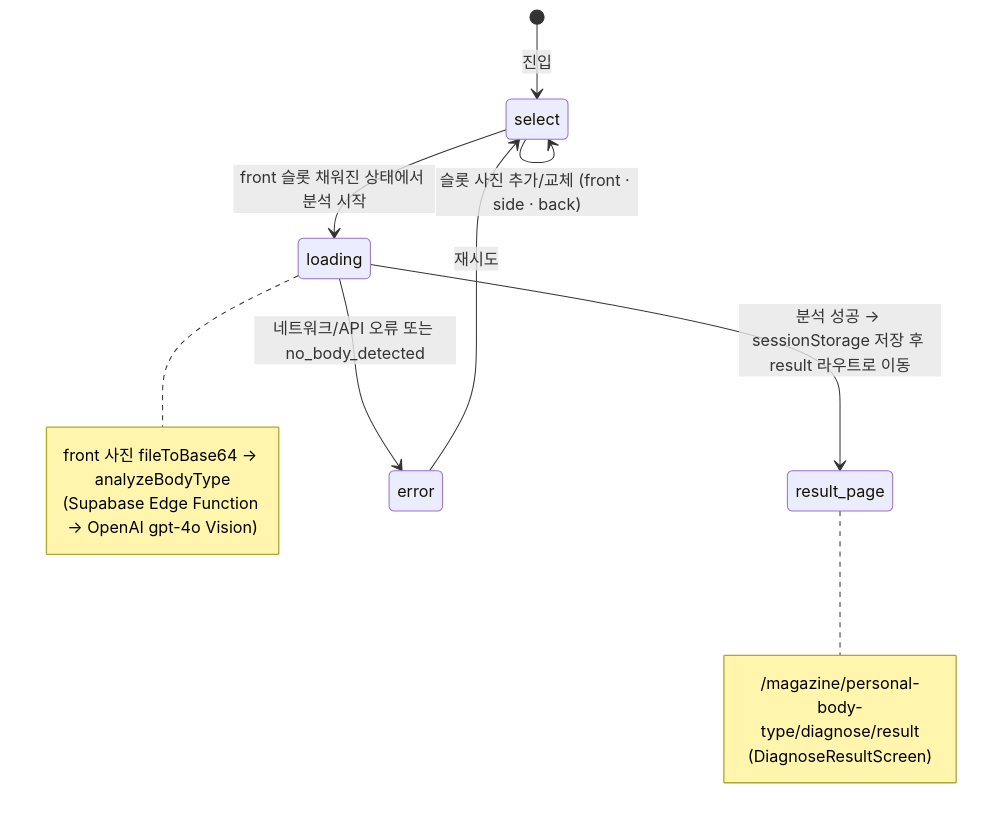
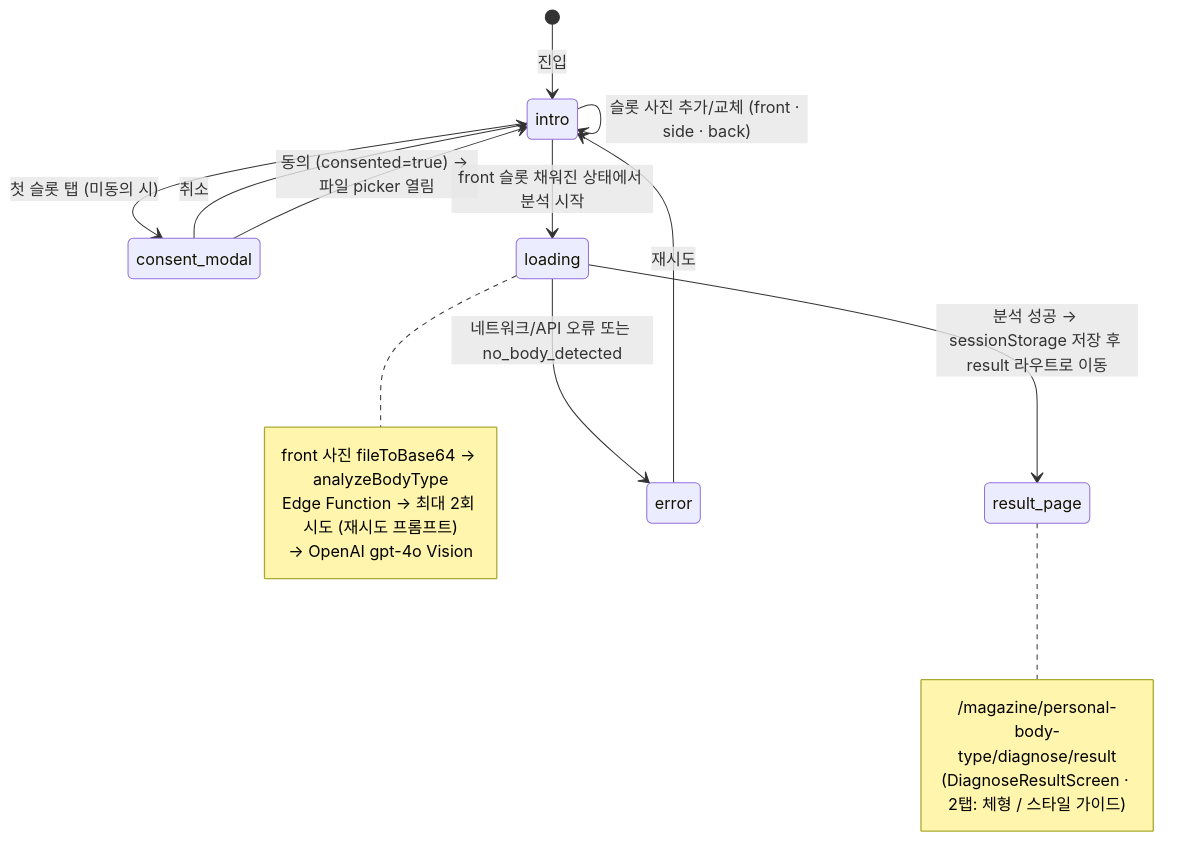
Before and after one commit to soojjung/dwee-wellness-tracker: the first of 2 diagrams in docs/flows/diagnose.md, drawn with Mermaid. The commit also changed other lines of this file and 21 other files, not shown here.

First line of the commit message:
feat(diagnose): Figma redesign + mobile shell + edge fn hardening (#21)

````diff
--- a/docs/flows/diagnose.md
+++ b/docs/flows/diagnose.md
@@ -24,22 +24,26 @@
 ```mermaid
 stateDiagram-v2
-    [*] --> select : 진입
+    [*] --> intro : 진입
 
-    select --> select : 슬롯 사진 추가/교체 (front · side · back)
-    select --> loading : front 슬롯 채워진 상태에서 분석 시작
+    intro --> intro : 슬롯 사진 추가/교체 (front · side · back)
+    intro --> consent_modal : 첫 슬롯 탭 (미동의 시)
+    consent_modal --> intro : 취소
+    consent_modal --> intro : 동의 (consented=true) → 파일 picker 열림
+    intro --> loading : front 슬롯 채워진 상태에서 분석 시작
 
     loading --> result_page : 분석 성공 → sessionStorage 저장 후 result 라우트로 이동
     loading --> error : 네트워크/API 오류 또는 no_body_detected
 
-    error --> select : 재시도
+    error --> intro : 재시도
 
     note right of loading
         front 사진 fileToBase64 → analyzeBodyType
-        (Supabase Edge Function → OpenAI gpt-4o Vision)
+        Edge Function → 최대 2회 시도 (재시도 프롬프트)
+        → OpenAI gpt-4o Vision
     end note
 
     note right of result_page
         /magazine/personal-body-type/diagnose/result
-        (DiagnoseResultScreen)
+        (DiagnoseResultScreen · 2탭: 체형 / 스타일 가이드)
     end note
 ```
````
